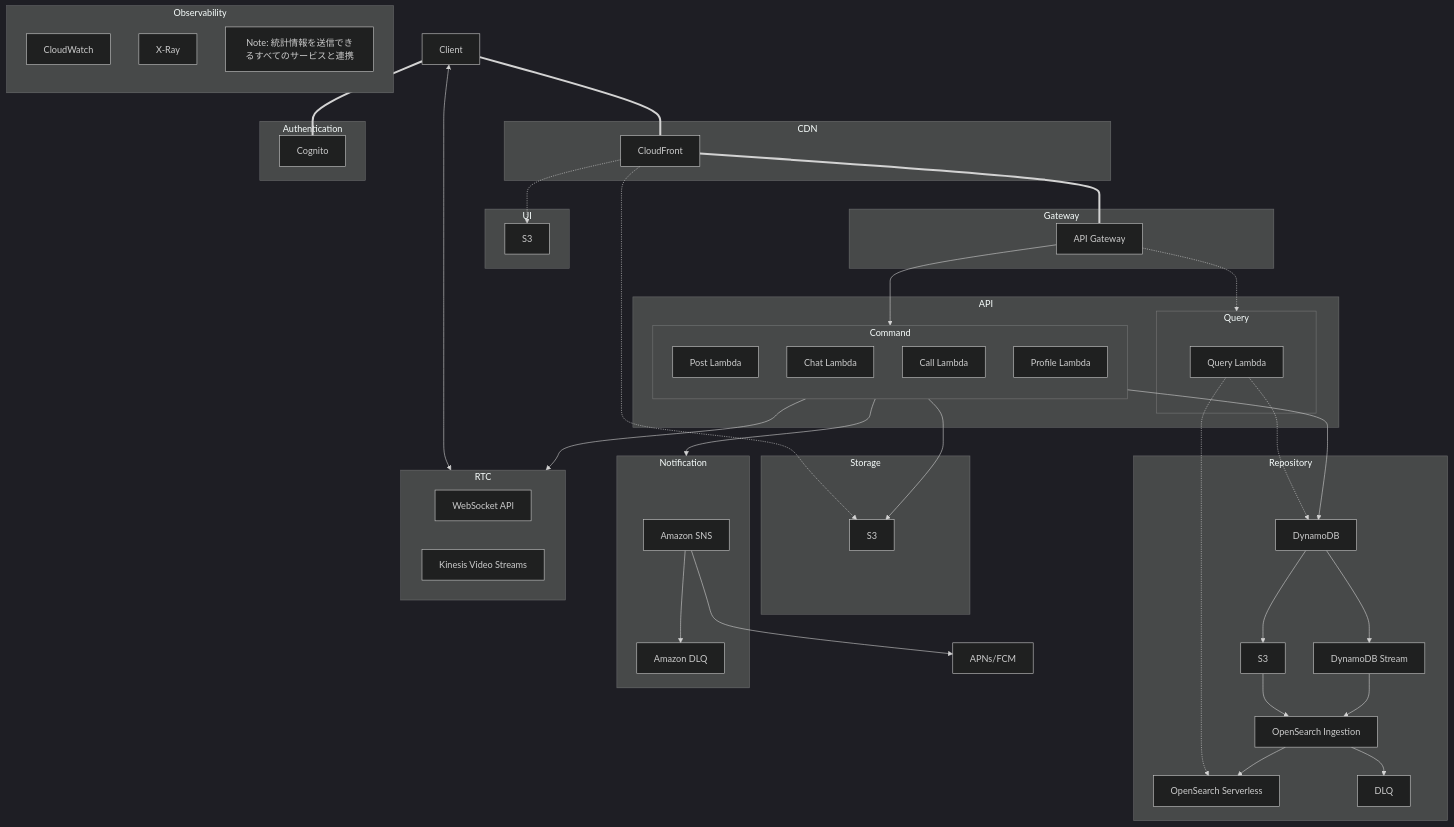
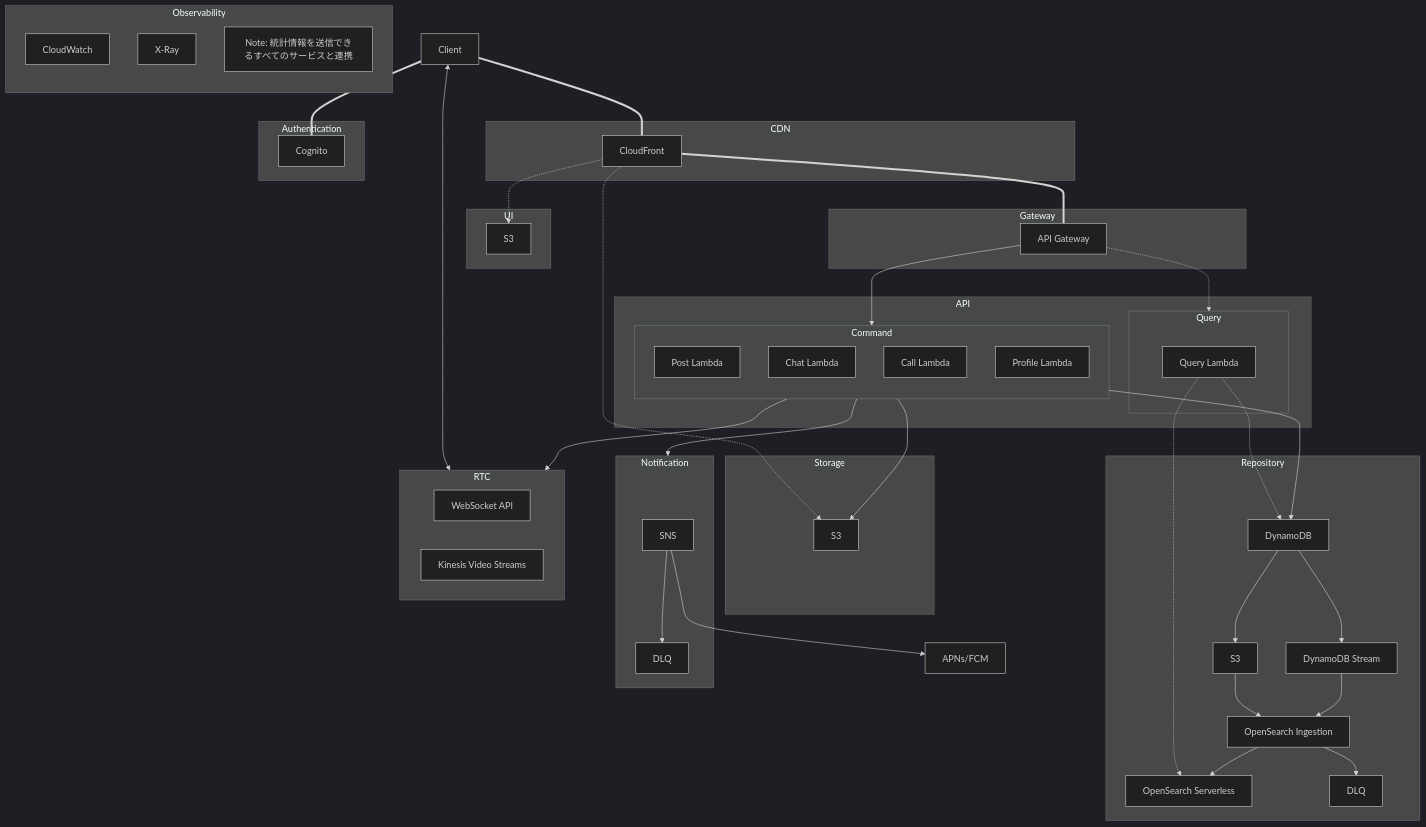
Before and after one commit to Xo1otl/mictlan: the diagram in apps/asyncsns/README.md, drawn with Mermaid (dark theme). The commit also changed other lines of this file, not shown here.

Commit message:
sns architecture 微修正

```diff
--- a/apps/asyncsns/README.md
+++ b/apps/asyncsns/README.md
@@ -71,8 +71,8 @@
     end
 
     subgraph Notification["Notification"]
-        SNS["Amazon SNS"]
-        DLQ["Amazon DLQ"]
+        SNS["SNS"]
+        DLQ["DLQ"]
     end
 
     subgraph RTC["RTC"]
```
